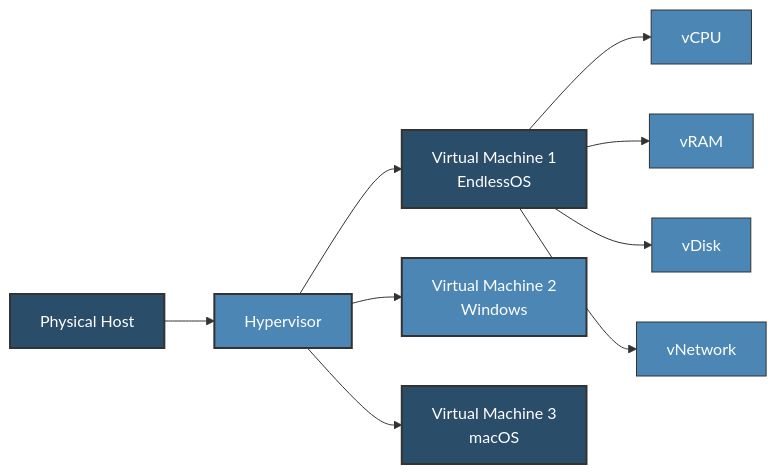
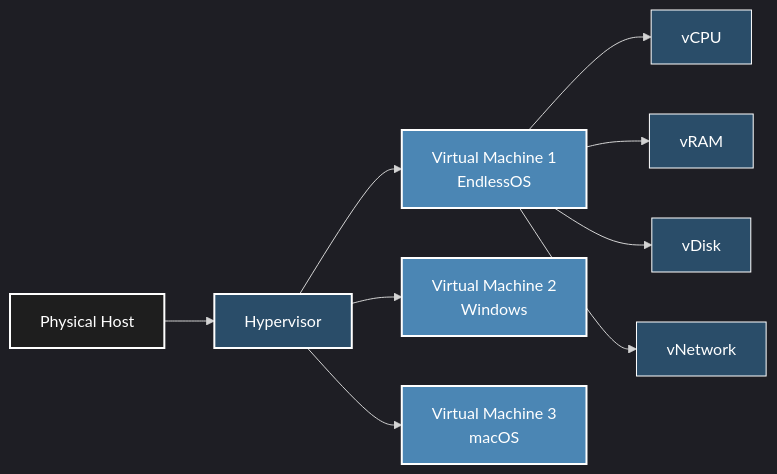
The sixth of 9 diagrams in README.md (Ananya-Addisu/Endless-OS), drawn with Mermaid before and after one commit. The commit also changed other lines of this file, not shown here.

````diff
--- a/README.md
+++ b/README.md
@@ -355,22 +397,23 @@
 ```mermaid
+%%{init: {'theme': 'dark'}}%%
 graph LR
     A[Physical Host] --> B[Hypervisor]
     B --> C[Virtual Machine 1<br>EndlessOS]
     B --> D[Virtual Machine 2<br>Windows]
     B --> E[Virtual Machine 3<br>macOS]
     
     C --> F[vCPU]
     C --> G[vRAM]
     C --> H[vDisk]
     C --> I[vNetwork]
     
-    style A fill:#2A4D69,stroke:#333,stroke-width:2px,color:#ffffff
-    style B fill:#4B86B4,stroke:#333,stroke-width:2px,color:#ffffff
-    style C fill:#2A4D69,stroke:#333,stroke-width:2px,color:#ffffff
-    style D fill:#4B86B4,stroke:#333,stroke-width:2px,color:#ffffff
-    style E fill:#2A4D69,stroke:#333,stroke-width:2px,color:#ffffff
-    style F fill:#4B86B4,stroke:#333,stroke-width:1px,color:#ffffff
-    style G fill:#4B86B4,stroke:#333,stroke-width:1px,color:#ffffff
-    style H fill:#4B86B4,stroke:#333,stroke-width:1px,color:#ffffff
-    style I fill:#4B86B4,stroke:#333,stroke-width:1px,color:#ffffff
+    style A fill:#1E1E1E,stroke:#FFF,stroke-width:2px,color:#FFF
+    style B fill:#2A4D69,stroke:#FFF,stroke-width:2px,color:#FFF
+    style C fill:#4B86B4,stroke:#FFF,stroke-width:2px,color:#FFF
+    style D fill:#4B86B4,stroke:#FFF,stroke-width:2px,color:#FFF
+    style E fill:#4B86B4,stroke:#FFF,stroke-width:2px,color:#FFF
+    style F fill:#2A4D69,stroke:#FFF,stroke-width:1px,color:#FFF
+    style G fill:#2A4D69,stroke:#FFF,stroke-width:1px,color:#FFF
+    style H fill:#2A4D69,stroke:#FFF,stroke-width:1px,color:#FFF
+    style I fill:#2A4D69,stroke:#FFF,stroke-width:1px,color:#FFF
 ```
````
